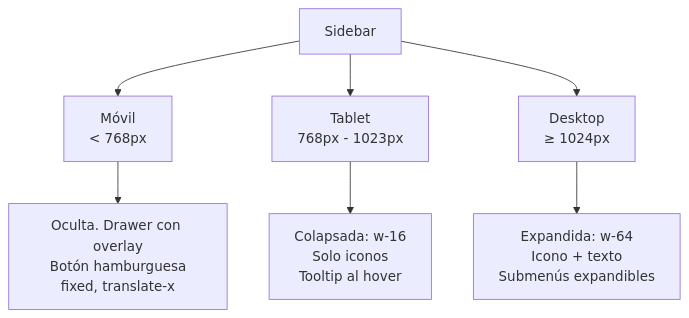
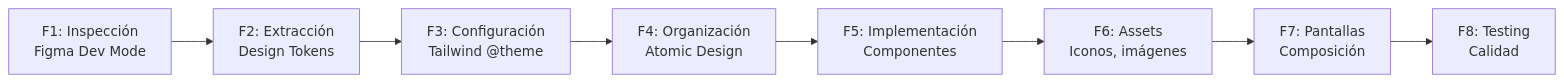
The first of 3 diagrams in unidad-15.md (Jose-Quesada/presentacion-desarrollo-interfaces-26-27), drawn with Mermaid before and after one commit. The commit also changed other lines of this file and 52 other files, not shown here.

```diff
--- a/unidad-15.md
+++ b/unidad-15.md
@@ -103,9 +53,10 @@
 <div class="mermaid">
-graph TD
-    A[Sidebar] --> B[Móvil<br/>< 768px]
-    A --> C[Tablet<br/>768px - 1023px]
-    A --> D[Desktop<br/>≥ 1024px]
-    B --> B1[Oculta. Drawer con overlay<br/>Botón hamburguesa<br/>fixed, translate-x]
-    C --> C1[Colapsada: w-16<br/>Solo iconos<br/>Tooltip al hover]
-    D --> D1[Expandida: w-64<br/>Icono + texto<br/>Submenús expandibles]
+graph LR
+  A["F1: Inspección<br>Figma Dev Mode"] --> B["F2: Extracción<br>Design Tokens"]
+  B --> C["F3: Configuración<br>Tailwind @theme"]
+  C --> D["F4: Organización<br>Atomic Design"]
+  D --> E["F5: Implementación<br>Componentes"]
+  E --> F["F6: Assets<br>Iconos, imágenes"]
+  F --> G["F7: Pantallas<br>Composición"]
+  G --> H["F8: Testing<br>Calidad"]
 </div>
```
